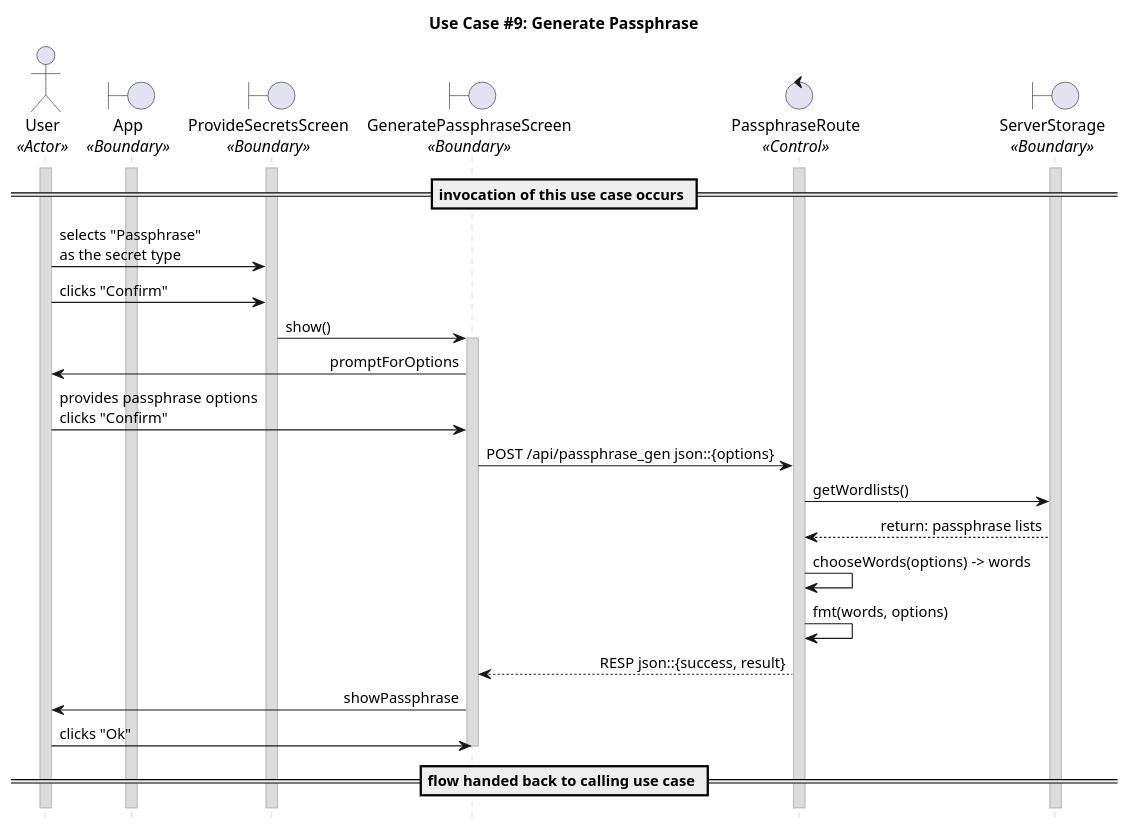
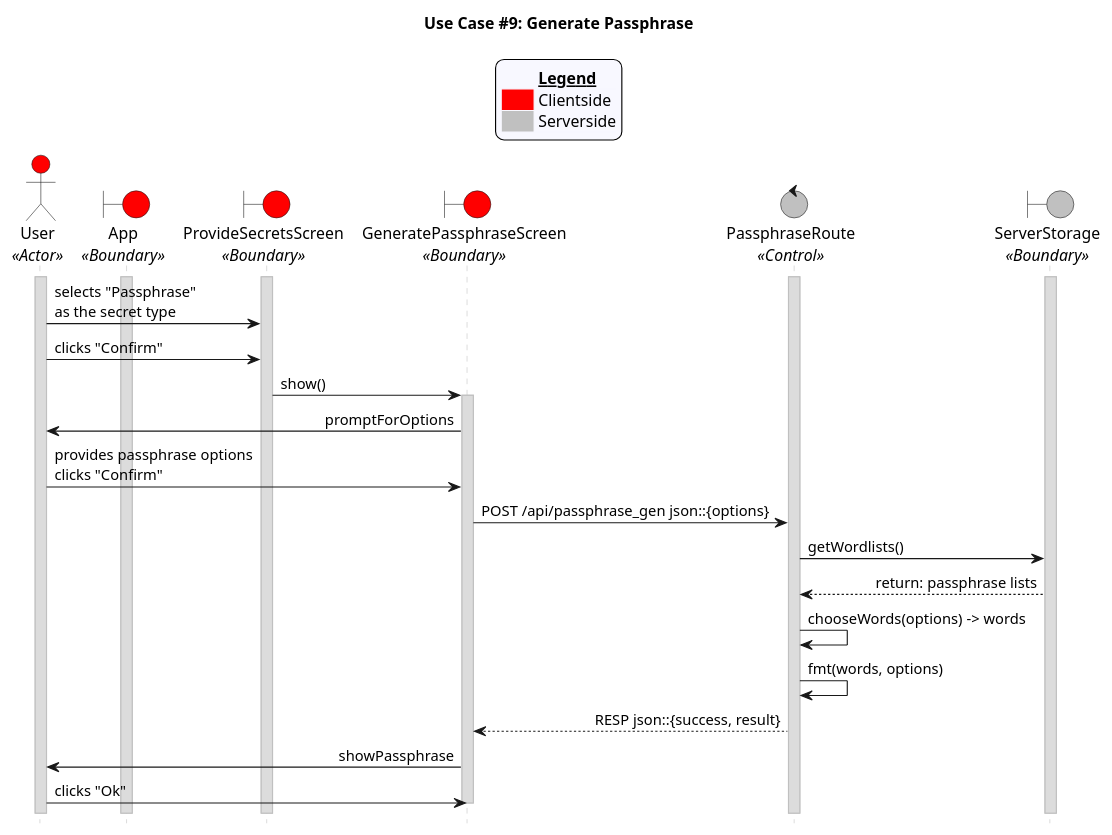
The diagram in uc_09.puml (CECS-491-SP24-Group-1/seq-diagrams), drawn with PlantUML before and after one commit. The commit also changed 8 other files, not shown here.

Commit message:
Add legends to the diagrams

```diff
--- a/uc_09.puml
+++ b/uc_09.puml
@@ -1,72 +1,84 @@
 @startuml uc09
 title "Use Case #9: Generate Passphrase"
 
 'Styling goes here
 hide footbox
 skinparam stereotypePosition bottom
 skinparam sequenceMessageAlign direction
 skinparam sequence {
 	LifeLineBorderColor #Silver
 	LifeLineBackgroundColor #Gainsboro
 }
 
+'Add a legend plus styling
+skinparam legend {
+	backgroundColor #GhostWhite
+	entrySeparator #GhostWhite
+}
+
+legend top
+	<#GhostWhite,#GhostWhite>|	|= __Legend__ |
+	|<#red> | Clientside|
+	|<#silver> | Serverside|
+endlegend
+
 'Setup the objects involved here
-actor User as u <<Actor>>
-boundary App as a <<Boundary>>
-boundary ProvideSecretsScreen as pss <<Boundary>>
-boundary GeneratePassphraseScreen as gps <<Boundary>>
-control PassphraseRoute as pr <<Control>>
-boundary ServerStorage as ss <<Boundary>>
+actor User as u <<Actor>> #red
+boundary App as a <<Boundary>> #red
+boundary ProvideSecretsScreen as pss <<Boundary>> #red
+boundary GeneratePassphraseScreen as gps <<Boundary>> #red
+control PassphraseRoute as pr <<Control>> #silver
+boundary ServerStorage as ss <<Boundary>> #silver
 
 'Setup persistent objects here
 activate u
 activate a
 activate pr
 activate ss
 activate pss
 
 '--- FLOW OF CONTROL STARTS HERE ---
 'User requests a passphrase from the server along with options such as number of words in the phrase.
 'u -> a: <does an action to trigger \nshow() on "ProvideSecretsScreen">
 'a -> pss: show()
 'activate pss
 'pss -> u: promptForSecret
 
-== invocation of this use case occurs ==
+'== invocation of this use case occurs ==
 
 
 u -> pss: selects "Passphrase" \nas the secret type
 u -> pss: clicks "Confirm"
 pss -> gps: show()
 activate gps
 gps -> u: promptForOptions
 u -> gps: provides passphrase options \nclicks "Confirm"
 
 'TODO: Might want to shit passphrase generation from serverside to clientside
 'Request is made to the server with the user's options
 gps -> pr: POST /api/passphrase_gen json::{options}
 
 'Server picks a format from a pre-defined list of formats.
 pr -> ss: getWordlists()
 ss --> pr: return: passphrase lists
 
 'Server chooses random phrases from the wordlist.
 pr -> pr: chooseWords(options) -> words
 
 'Server formats the passphrase according to the chosen format and user request.
 pr -> pr: fmt(words, options)
 
 'Server sends the passphrase back to the user.
 pr --> gps: RESP json::{success, result}
 gps -> u: showPassphrase
 u -> gps: clicks "Ok"
 deactivate gps
 
 'Cleanup
-== flow handed back to calling use case ==
+'== flow handed back to calling use case ==
 
 'Cleanup
 'u -> pss: provides passphrase \nclicks "Confirm"
 '--- FLOW OF CONTROL ENDS HERE   ---
 
 @enduml
```
